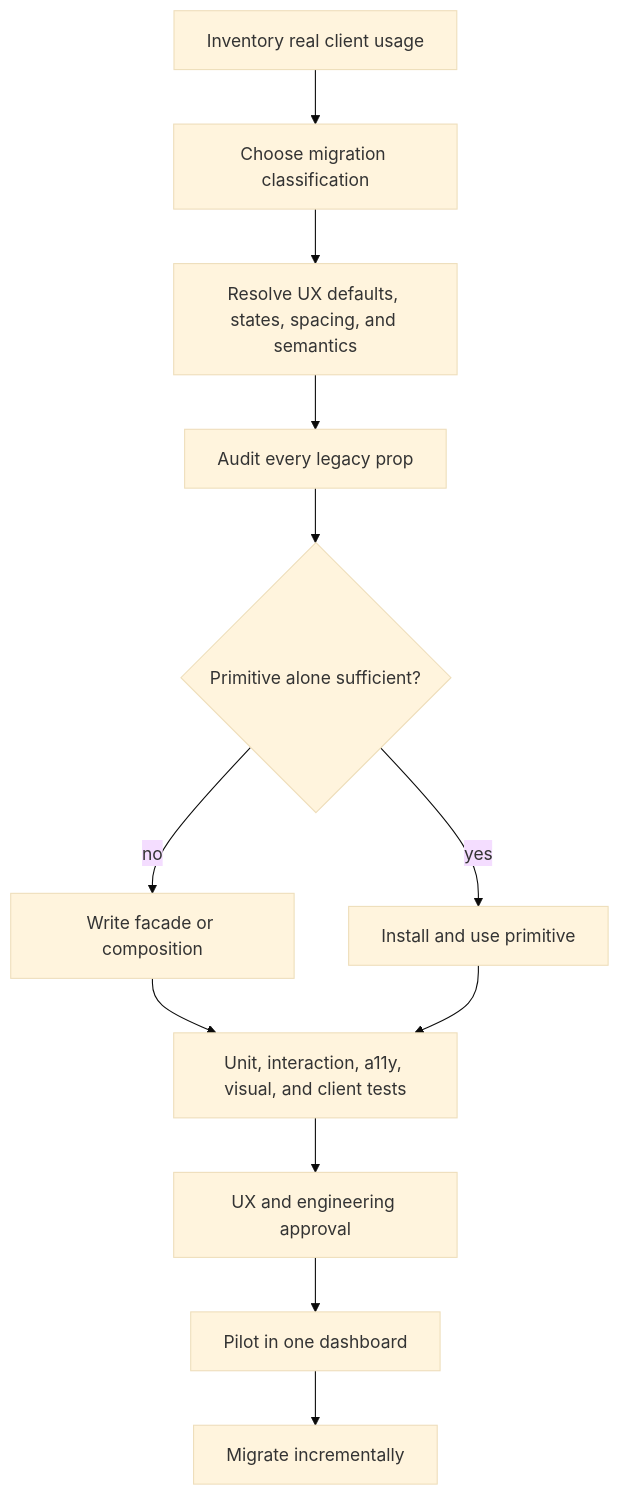
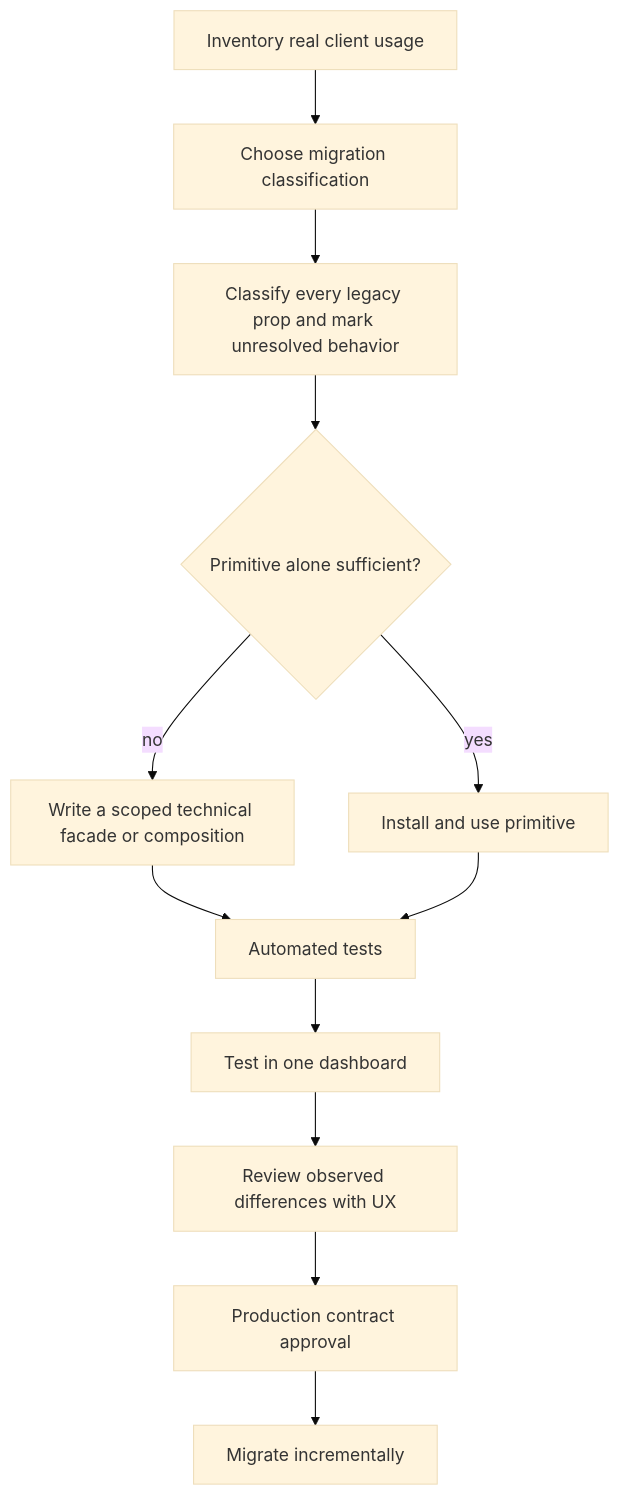
One commit to rohangore1999/applique-ui changed the seventh of 7 diagrams in docs/REGISTRY.md. Above: the diagram before and after it, drawn with Mermaid (base theme). The commit also changed other lines of this file and 157 other files, not shown here.

````diff
--- a/docs/REGISTRY.md
+++ b/docs/REGISTRY.md
@@ -1430,14 +1489,14 @@
 ```mermaid
 flowchart TD
   Inventory["Inventory real client usage"] --> Classify["Choose migration classification"]
-  Classify --> UX["Resolve UX defaults, states, spacing, and semantics"]
-  UX --> Props["Audit every legacy prop"]
+  Classify --> Props["Classify every legacy prop and mark unresolved behavior"]
   Props --> Design{"Primitive alone sufficient?"}
   Design -->|yes| Primitive["Install and use primitive"]
-  Design -->|no| Facade["Write facade or composition"]
-  Facade --> Tests["Unit, interaction, a11y, visual, and client tests"]
+  Design -->|no| Facade["Write a scoped technical facade or composition"]
+  Facade --> Tests["Automated tests"]
   Primitive --> Tests
-  Tests --> Approval["UX and engineering approval"]
-  Approval --> Pilot["Pilot in one dashboard"]
-  Pilot --> Rollout["Migrate incrementally"]
+  Tests --> Pilot["Test in one dashboard"]
+  Pilot --> UX["Review observed differences with UX"]
+  UX --> Approval["Production contract approval"]
+  Approval --> Rollout["Migrate incrementally"]
 ```
````
